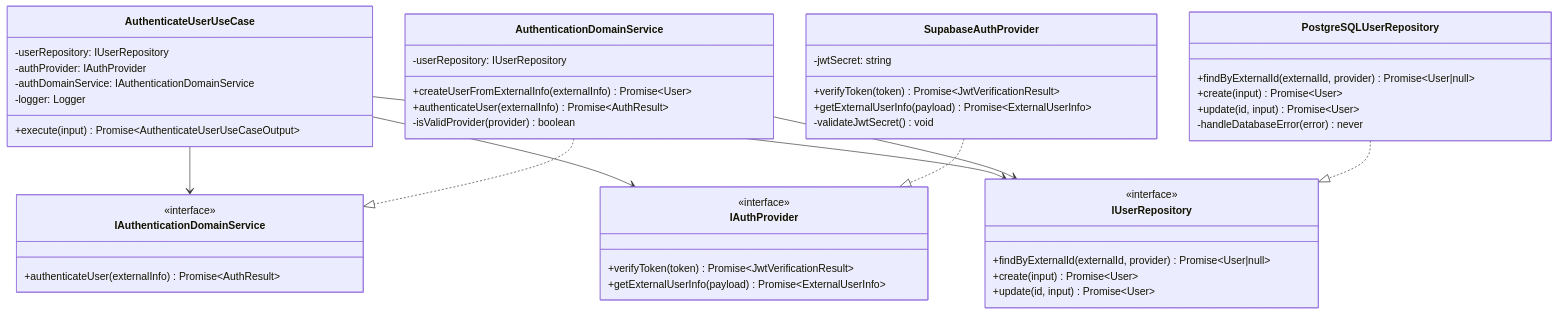
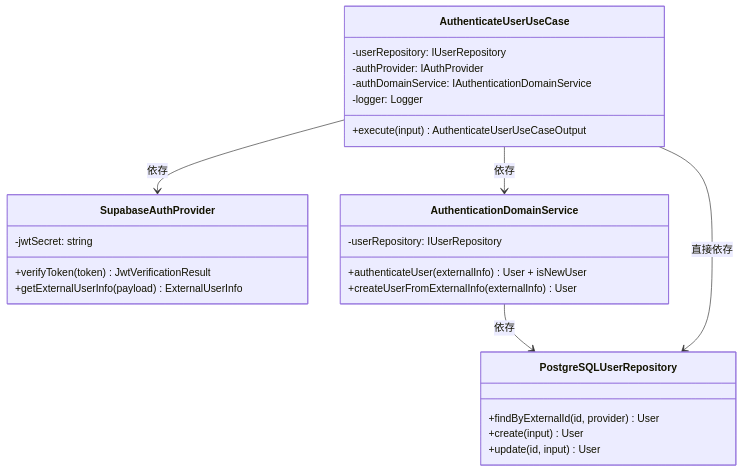
One commit to rimanem18/hoxt-backlog changed the second of 2 diagrams in docs/explan/mvp-google-auth/TASK-105-code-explan.md. Above: the diagram before and after it, drawn with Mermaid. The commit also changed other lines of this file and 2 other files, not shown here.

````diff
--- a/docs/explan/mvp-google-auth/TASK-105-code-explan.md
+++ b/docs/explan/mvp-google-auth/TASK-105-code-explan.md
@@ -132,59 +79,33 @@
 ```mermaid
 classDiagram
     class AuthenticateUserUseCase {
         -userRepository: IUserRepository
-        -authProvider: IAuthProvider
+        -authProvider: IAuthProvider  
         -authDomainService: IAuthenticationDomainService
         -logger: Logger
-        +execute(input) Promise~AuthenticateUserUseCaseOutput~
+        +execute(input) AuthenticateUserUseCaseOutput
     }
 
-    class IAuthenticationDomainService {
-        <<interface>>
-        +authenticateUser(externalInfo) Promise~AuthResult~
+    class SupabaseAuthProvider {
+        -jwtSecret: string
+        +verifyToken(token) JwtVerificationResult
+        +getExternalUserInfo(payload) ExternalUserInfo
     }
 
     class AuthenticationDomainService {
         -userRepository: IUserRepository
-        +createUserFromExternalInfo(externalInfo) Promise~User~
-        +authenticateUser(externalInfo) Promise~AuthResult~
-        -isValidProvider(provider) boolean
-    }
-
-    class IAuthProvider {
-        <<interface>>
-        +verifyToken(token) Promise~JwtVerificationResult~
-        +getExternalUserInfo(payload) Promise~ExternalUserInfo~
-    }
-
-    class SupabaseAuthProvider {
-        -jwtSecret: string
-        +verifyToken(token) Promise~JwtVerificationResult~
-        +getExternalUserInfo(payload) Promise~ExternalUserInfo~
-        -validateJwtSecret() void
-    }
-
-    class IUserRepository {
-        <<interface>>
-        +findByExternalId(externalId, provider) Promise~User|null~
-        +create(input) Promise~User~
-        +update(id, input) Promise~User~
+        +authenticateUser(externalInfo) User + isNewUser
+        +createUserFromExternalInfo(externalInfo) User
     }
 
     class PostgreSQLUserRepository {
-        +findByExternalId(externalId, provider) Promise~User|null~
-        +create(input) Promise~User~
-        +update(id, input) Promise~User~
-        -handleDatabaseError(error) never
+        +findByExternalId(id, provider) User
+        +create(input) User
+        +update(id, input) User
     }
 
-    AuthenticateUserUseCase --> IAuthenticationDomainService
-    AuthenticateUserUseCase --> IAuthProvider
-    AuthenticateUserUseCase --> IUserRepository
-    
-    AuthenticationDomainService ..|> IAuthenticationDomainService
-    AuthenticationDomainService --> IUserRepository
-    
-    SupabaseAuthProvider ..|> IAuthProvider
-    PostgreSQLUserRepository ..|> IUserRepository
+    AuthenticateUserUseCase --> SupabaseAuthProvider : 依存
+    AuthenticateUserUseCase --> AuthenticationDomainService : 依存
+    AuthenticationDomainService --> PostgreSQLUserRepository : 依存
+    AuthenticateUserUseCase --> PostgreSQLUserRepository : 直接依存
 ```
````
